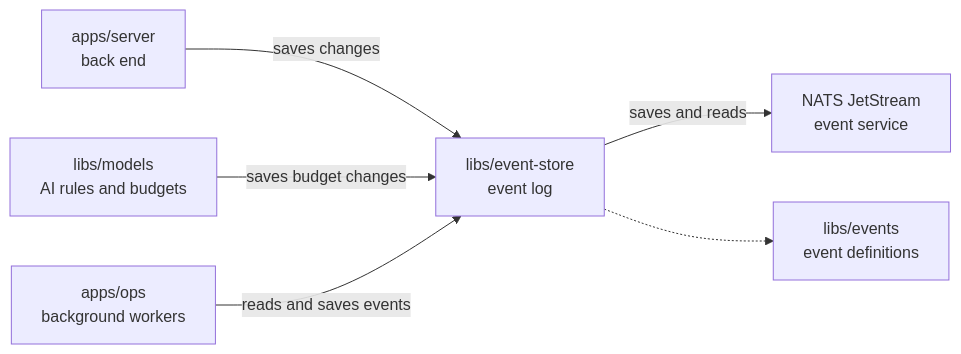
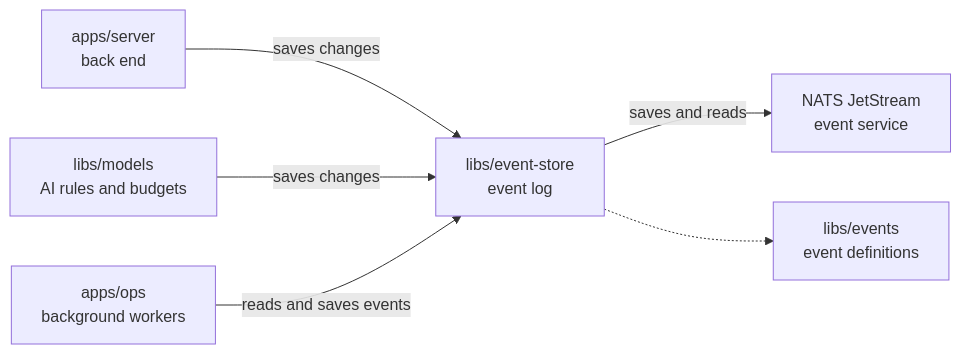
Before and after one commit to elewa-git/opencrane-new: the diagram in libs/event-store/README.md, drawn with Mermaid. The commit also changed other lines of this file and 20 other files, not shown here.

````diff
--- a/libs/event-store/README.md
+++ b/libs/event-store/README.md
@@ -22,8 +22,8 @@
 ```mermaid
 flowchart LR
   server["apps/server<br/>back end"] -->|saves changes| store["libs/event-store<br/>event log"]
-  models["libs/models<br/>AI rules and budgets"] -->|saves budget changes| store
+  models["libs/models<br/>AI rules and budgets"] -->|saves changes| store
   ops["apps/ops<br/>background workers"] -->|reads and saves events| store
   store -->|saves and reads| nats["NATS JetStream<br/>event service"]
   store -.-> events["libs/events<br/>event definitions"]
 ```
````
